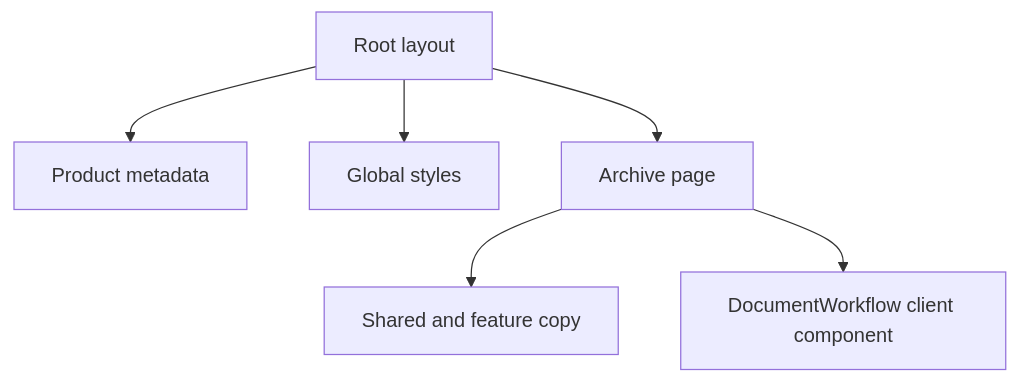
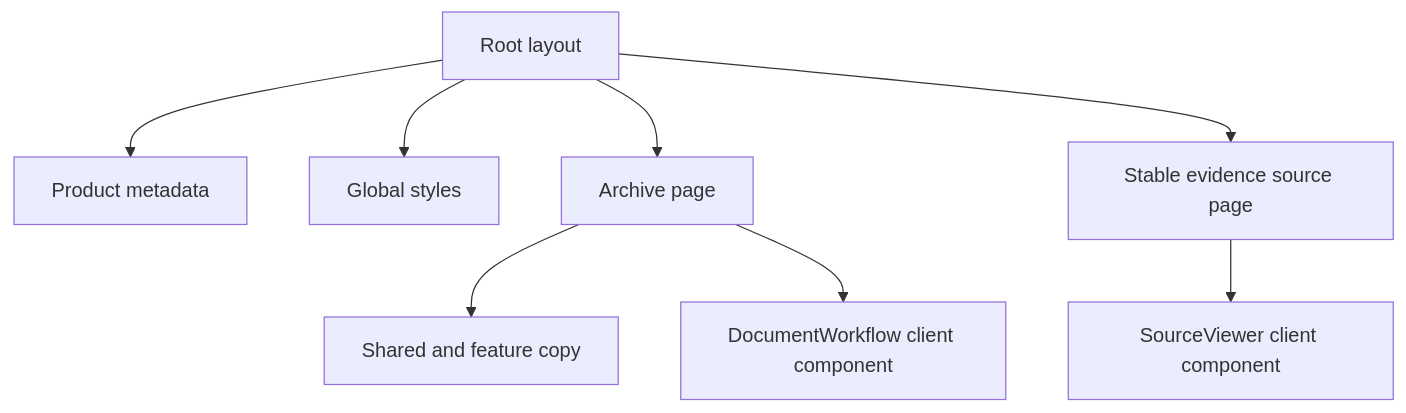
Before and after one commit to rnkraus/investment-research: the diagram in frontend/src/app/README.md, drawn with Mermaid. The commit also changed other lines of this file and 4 other files, not shown here.

````diff
--- a/frontend/src/app/README.md
+++ b/frontend/src/app/README.md
@@ -15,8 +16,10 @@
 ```mermaid
 flowchart TD
     LAYOUT[Root layout] --> METADATA[Product metadata]
     LAYOUT --> STYLES[Global styles]
     LAYOUT --> PAGE[Archive page]
+    LAYOUT --> SOURCE[Stable evidence source page]
     PAGE --> COPY[Shared and feature copy]
     PAGE --> WORKFLOW[DocumentWorkflow client component]
+    SOURCE --> VIEWER[SourceViewer client component]
 ```
````
